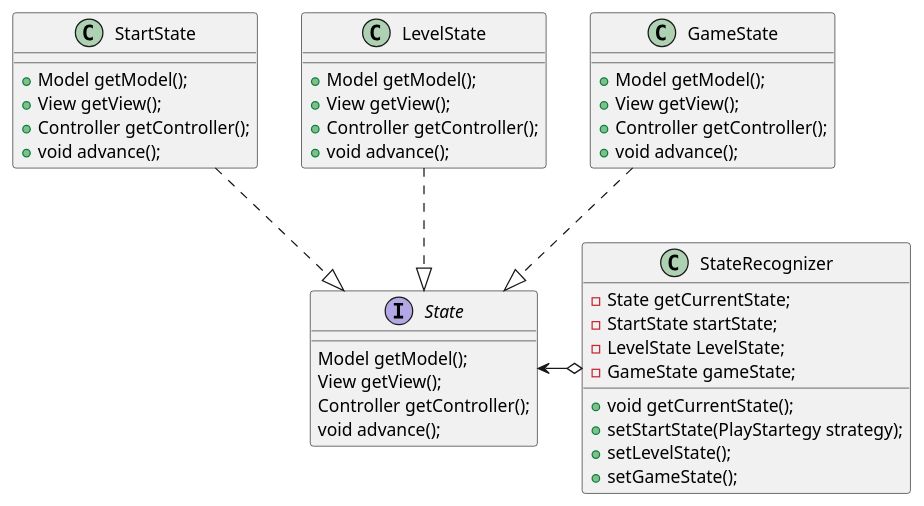
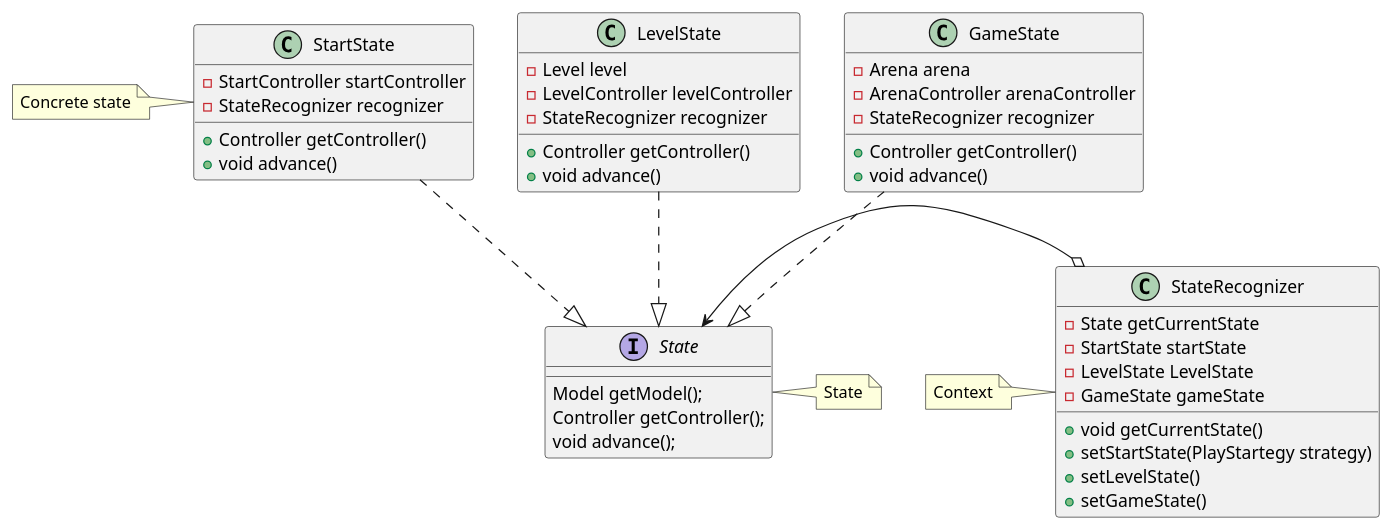
Before and after one commit to TsarkFC/lpoo-proj: the diagram in docs/uml/State.puml, drawn with PlantUML. The commit also changed 25 other files, not shown here.

```diff
--- a/docs/uml/State.puml
+++ b/docs/uml/State.puml
@@ -1,48 +1,58 @@
 @startuml state
 
 interface State {
     Model getModel();
-    View getView();
     Controller getController();
     void advance();
 }
+note right
+State
+end note
 
 class StateRecognizer{
-    - State getCurrentState;
-    - StartState startState;
-    - LevelState LevelState;
-    - GameState gameState;
-    + void getCurrentState();
-    + setStartState(PlayStartegy strategy);
-    + setLevelState();
-    + setGameState();
+    - State getCurrentState
+    - StartState startState
+    - LevelState LevelState
+    - GameState gameState
+    + void getCurrentState()
+    + setStartState(PlayStartegy strategy)
+    + setLevelState()
+    + setGameState()
 }
+note left
+Context
+end note
 
 class StartState{
-    + Model getModel();
-    + View getView();
-    + Controller getController();
-    + void advance();
+    - StartController startController
+    - StateRecognizer recognizer
+    + Controller getController()
+    + void advance()
 }
+note left
+Concrete state
+end note
 class LevelState{
-    + Model getModel();
-    + View getView();
-    + Controller getController();
-    + void advance();
+    - Level level
+    - LevelController levelController
+    - StateRecognizer recognizer
+    + Controller getController()
+    + void advance()
 }
 class GameState{
-    + Model getModel();
-    + View getView();
-    + Controller getController();
-    + void advance();
+    - Arena arena
+    - ArenaController arenaController
+    - StateRecognizer recognizer
+    + Controller getController()
+    + void advance()
 }
 
 
 State <-right-o StateRecognizer
 
 skinparam groupInheritance 3
 
 StartState ..|> State
 LevelState..|> State
 GameState ..|> State
 @enduml
```
